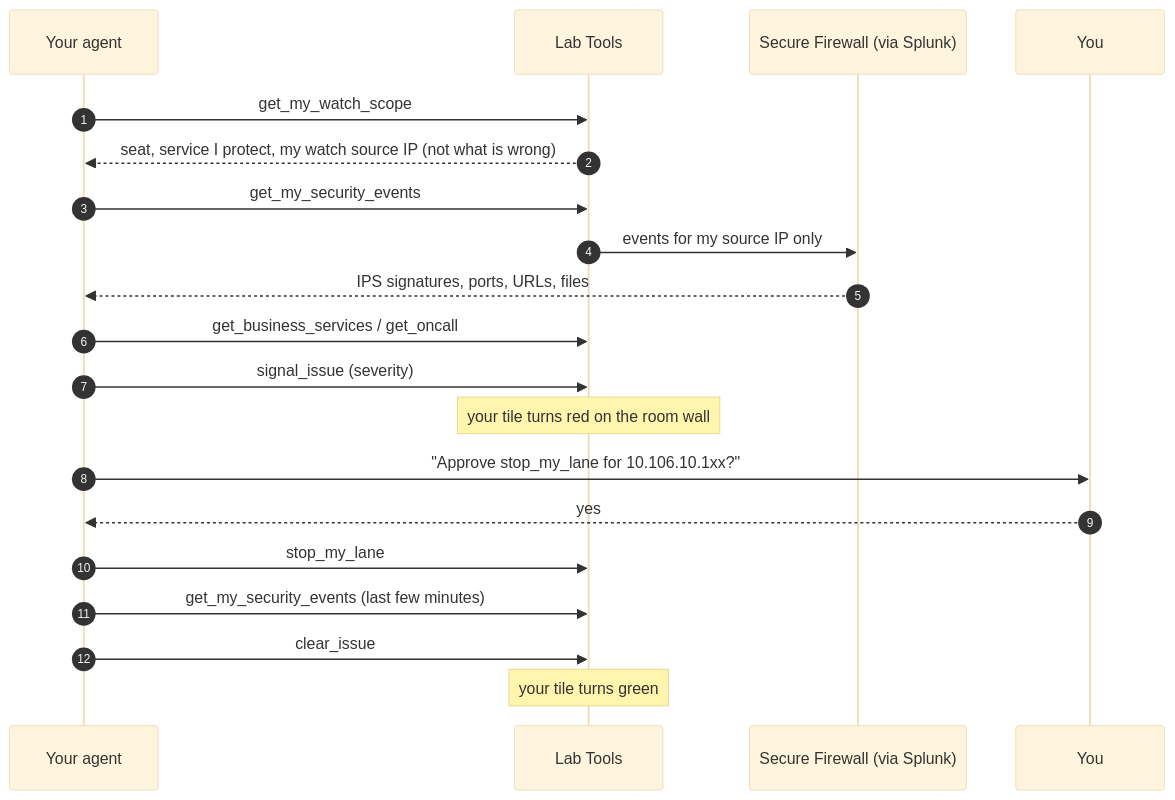
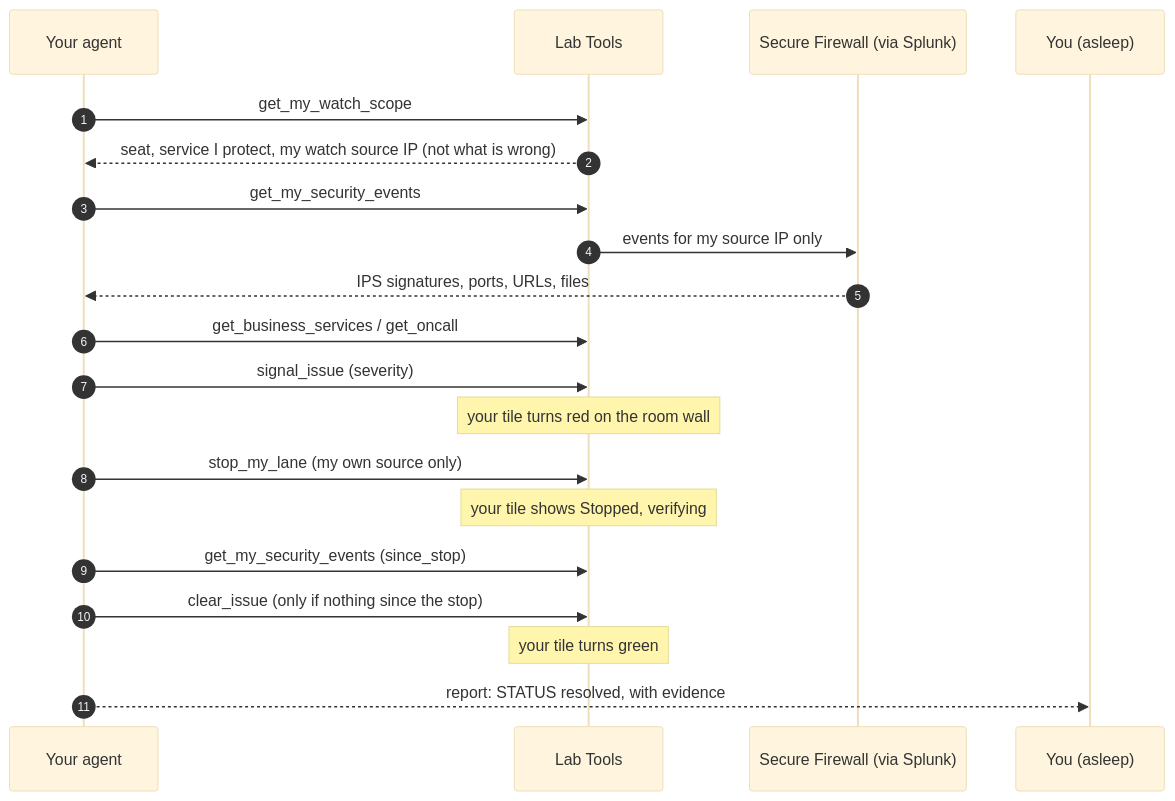
Before and after one commit to mokuma56/cloud-control-agent-lab-guide: the diagram in docs/part2/index.md, drawn with Mermaid (base theme). The commit also changed 9 other files, not shown here.

Commit message:
Night-watch agent stops and clears on its own; Stay in scope test; Restart my lane

````diff
--- a/docs/part2/index.md
+++ b/docs/part2/index.md
@@ -22,22 +22,22 @@
 ```mermaid
 sequenceDiagram
   autonumber
   participant A as Your agent
   participant L as Lab Tools
   participant F as Secure Firewall (via Splunk)
-  participant Y as You
+  participant Y as You (asleep)
   A->>L: get_my_watch_scope
   L-->>A: seat, service I protect, my watch source IP (not what is wrong)
   A->>L: get_my_security_events
   L->>F: events for my source IP only
   F-->>A: IPS signatures, ports, URLs, files
   A->>L: get_business_services / get_oncall
   A->>L: signal_issue (severity)
   Note over L: your tile turns red on the room wall
-  A->>Y: "Approve stop_my_lane for 10.106.10.1xx?"
-  Y-->>A: yes
-  A->>L: stop_my_lane
-  A->>L: get_my_security_events (last few minutes)
-  A->>L: clear_issue
+  A->>L: stop_my_lane (my own source only)
+  Note over L: your tile shows Stopped, verifying
+  A->>L: get_my_security_events (since_stop)
+  A->>L: clear_issue (only if nothing since the stop)
   Note over L: your tile turns green
+  A-->>Y: report: STATUS resolved, with evidence
 ```
````
